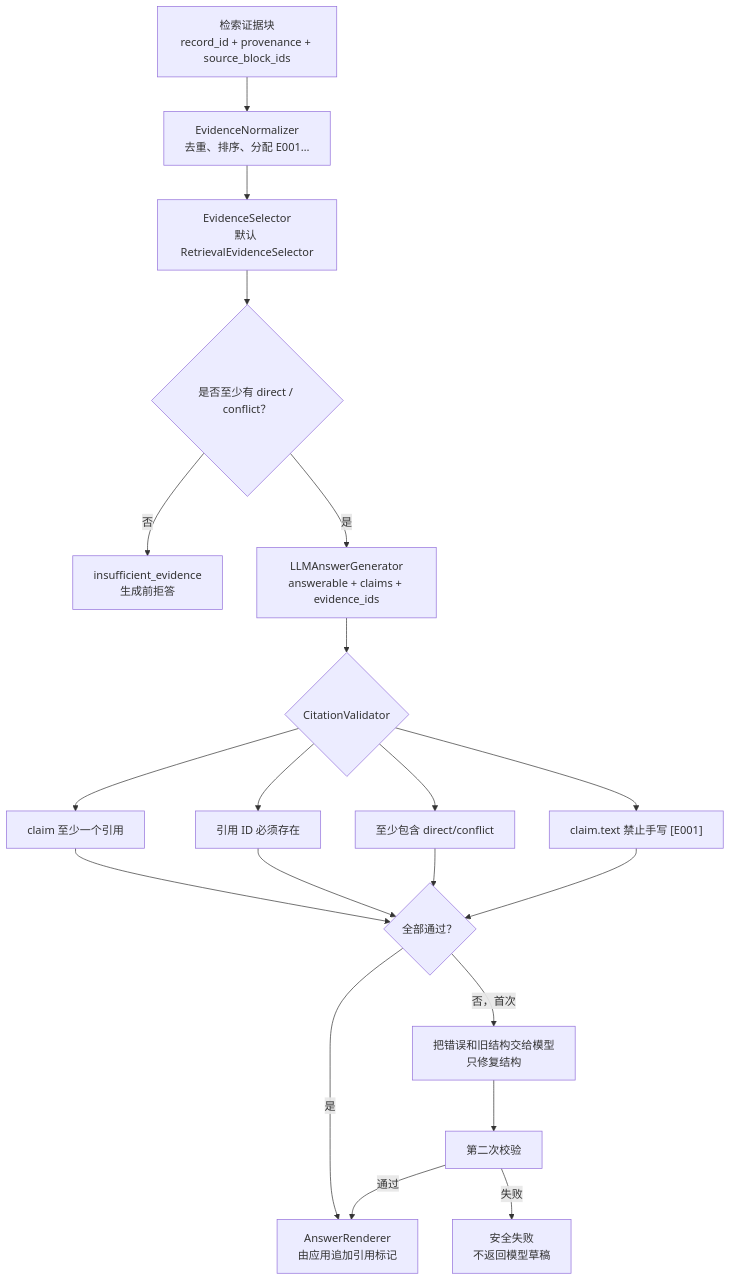
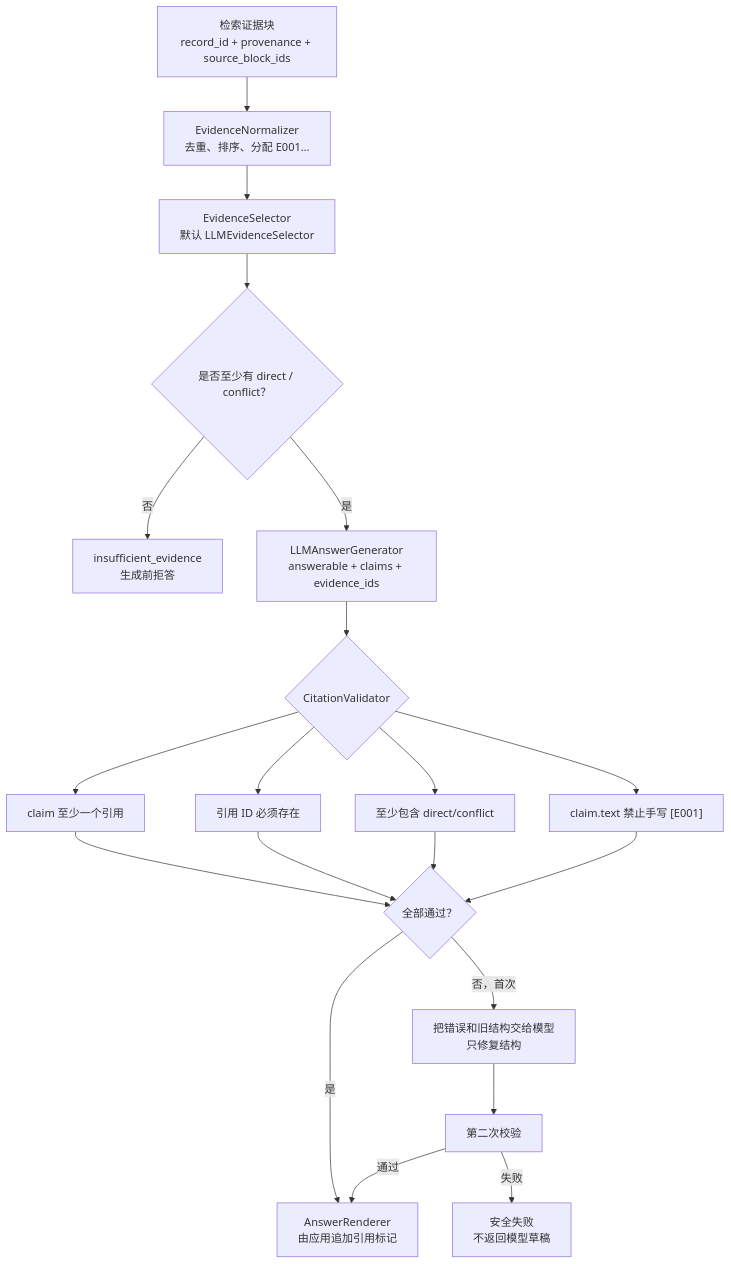
The second of 2 diagrams in 引用层测试结果/引用层方法与测试总览_20260831.md (xyf966/RAG-PIXEL), drawn with Mermaid before and after one commit. The commit also changed other lines of this file and 12 other files, not shown here.

````diff
--- a/引用层测试结果/引用层方法与测试总览_20260831.md
+++ b/引用层测试结果/引用层方法与测试总览_20260831.md
@@ -50,22 +50,22 @@
 ```mermaid
 flowchart TD
     EVIDENCE["检索证据块<br/>record_id + provenance + source_block_ids"] --> IDS["EvidenceNormalizer<br/>去重、排序、分配 E001…"]
-    IDS --> FILTER["EvidenceSelector<br/>默认 RetrievalEvidenceSelector"]
+    IDS --> FILTER["EvidenceSelector<br/>默认 LLMEvidenceSelector"]
     FILTER --> DIRECT{"是否至少有 direct / conflict？"}
     DIRECT -->|否| INSUFFICIENT["insufficient_evidence<br/>生成前拒答"]
     DIRECT -->|是| DRAFT["LLMAnswerGenerator<br/>answerable + claims + evidence_ids"]
     DRAFT --> VALIDATE{"CitationValidator"}
     VALIDATE --> CHECK1["claim 至少一个引用"]
     VALIDATE --> CHECK2["引用 ID 必须存在"]
     VALIDATE --> CHECK3["至少包含 direct/conflict"]
     VALIDATE --> CHECK4["claim.text 禁止手写 [E001]"]
     CHECK1 --> RESULT{"全部通过？"}
     CHECK2 --> RESULT
     CHECK3 --> RESULT
     CHECK4 --> RESULT
     RESULT -->|是| APP["AnswerRenderer<br/>由应用追加引用标记"]
     RESULT -->|否，首次| REPAIR["把错误和旧结构交给模型<br/>只修复结构"]
     REPAIR --> VALIDATE2["第二次校验"]
     VALIDATE2 -->|通过| APP
     VALIDATE2 -->|失败| CLOSED["安全失败<br/>不返回模型草稿"]
 ```
````
